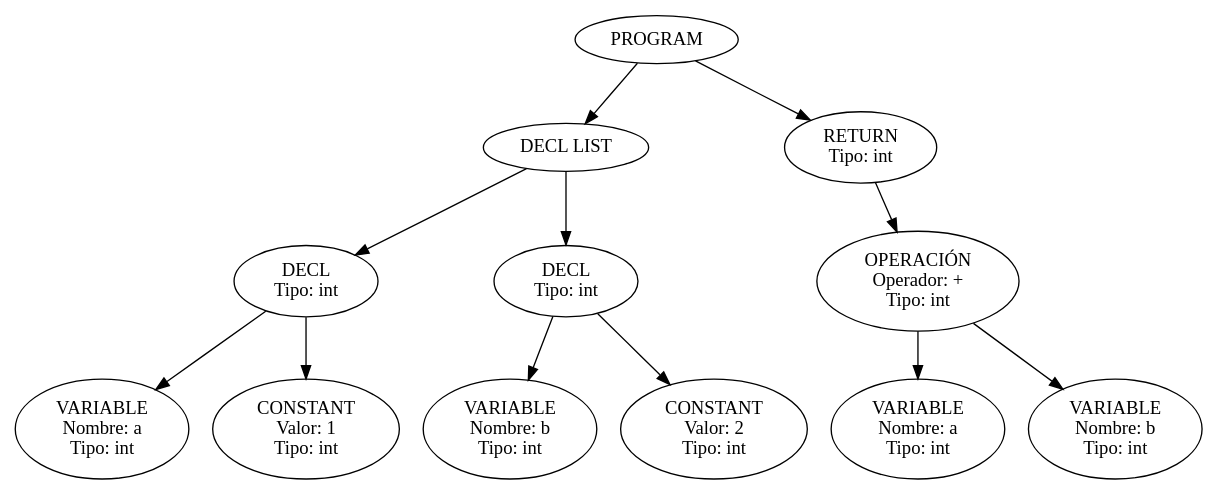
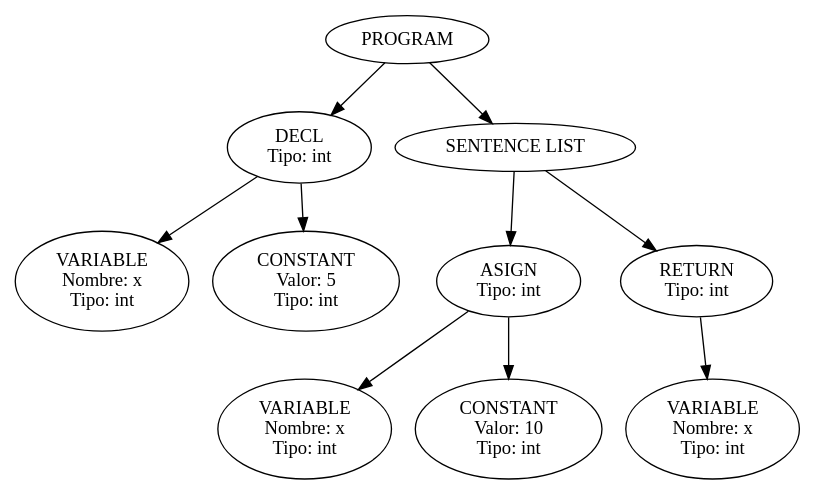
One commit to LucioMansilla/loopi_compiler changed the diagram in ast.dot. Above: the diagram before and after it, drawn with Graphviz. The commit also changed 8 other files, not shown here.

```diff
--- a/ast.dot
+++ b/ast.dot
@@ -1,25 +1,21 @@
 digraph AST {
   0 [label="PROGRAM"];
-  1 [label="DECL LIST"];
-  2 [label="DECL\nTipo: int"];
-  3 [label="VARIABLE\nNombre: a\nTipo: int"];
-  2 -> 3;
-  4 [label="CONSTANT\nValor: 1\nTipo: int"];
-  2 -> 4;
+  1 [label="DECL\nTipo: int"];
+  2 [label="VARIABLE\nNombre: x\nTipo: int"];
   1 -> 2;
-  5 [label="DECL\nTipo: int"];
-  6 [label="VARIABLE\nNombre: b\nTipo: int"];
+  3 [label="CONSTANT\nValor: 5\nTipo: int"];
+  1 -> 3;
+  0 -> 1;
+  4 [label="SENTENCE LIST"];
+  5 [label="ASIGN\nTipo: int"];
+  6 [label="VARIABLE\nNombre: x\nTipo: int"];
   5 -> 6;
-  7 [label="CONSTANT\nValor: 2\nTipo: int"];
+  7 [label="CONSTANT\nValor: 10\nTipo: int"];
   5 -> 7;
-  1 -> 5;
-  0 -> 1;
+  4 -> 5;
   8 [label="RETURN\nTipo: int"];
-  9 [label="OPERACIÓN\nOperador: +\nTipo: int"];
-  10 [label="VARIABLE\nNombre: a\nTipo: int"];
-  9 -> 10;
-  11 [label="VARIABLE\nNombre: b\nTipo: int"];
-  9 -> 11;
+  9 [label="VARIABLE\nNombre: x\nTipo: int"];
   8 -> 9;
-  0 -> 8;
+  4 -> 8;
+  0 -> 4;
 }
```
